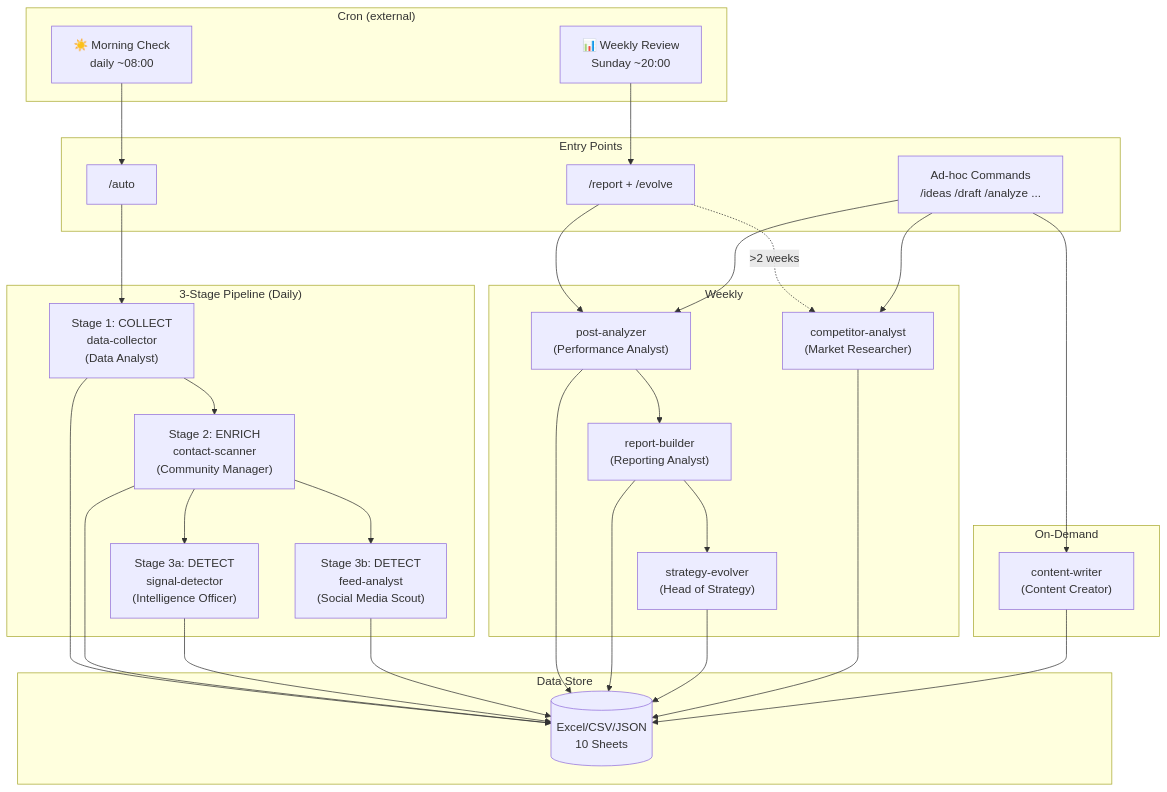
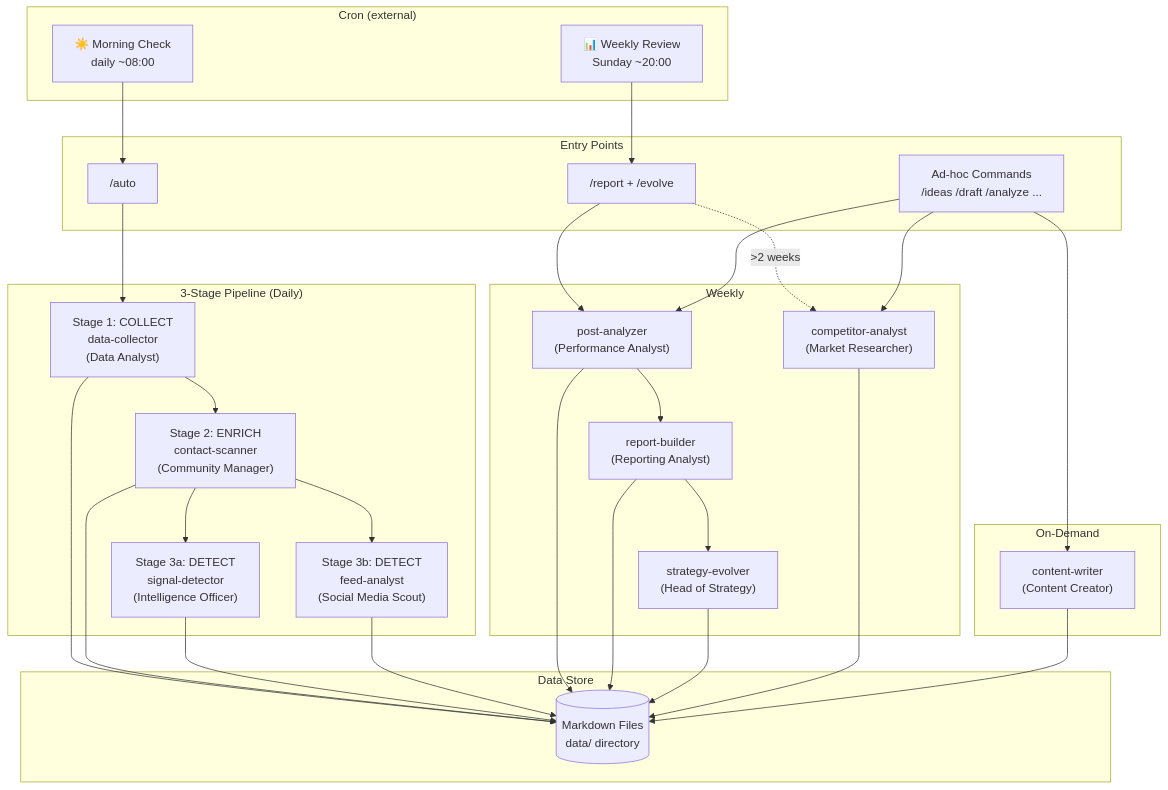
One commit to sabania/linkedin-cli changed the first of 8 diagrams in plugin/README.md. Above: the diagram before and after it, drawn with Mermaid. The commit also changed other lines of this file and 24 other files, not shown here.

````diff
--- a/plugin/README.md
+++ b/plugin/README.md
@@ -7,55 +7,55 @@
 ```mermaid
 graph TB
     subgraph "Cron (external)"
         CRON_M["☀️ Morning Check<br/>daily ~08:00"]
         CRON_W["📊 Weekly Review<br/>Sunday ~20:00"]
     end
 
     subgraph "Entry Points"
         AUTO["/auto"]
         REPORT["/report + /evolve"]
         ADHOC["Ad-hoc Commands<br/>/ideas /draft /analyze ..."]
     end
 
     subgraph "3-Stage Pipeline (Daily)"
         S1["Stage 1: COLLECT<br/>data-collector<br/>(Data Analyst)"]
         S2["Stage 2: ENRICH<br/>contact-scanner<br/>(Community Manager)"]
         S3A["Stage 3a: DETECT<br/>signal-detector<br/>(Intelligence Officer)"]
         S3B["Stage 3b: DETECT<br/>feed-analyst<br/>(Social Media Scout)"]
     end
 
     subgraph "Weekly"
         PA["post-analyzer<br/>(Performance Analyst)"]
         RB["report-builder<br/>(Reporting Analyst)"]
         SE["strategy-evolver<br/>(Head of Strategy)"]
         CA["competitor-analyst<br/>(Market Researcher)"]
     end
 
     subgraph "On-Demand"
         CW["content-writer<br/>(Content Creator)"]
     end
 
     CRON_M --> AUTO
     CRON_W --> REPORT
     AUTO --> S1 --> S2 --> S3A
     S2 --> S3B
     REPORT --> PA --> RB --> SE
     REPORT -.->|">2 weeks"| CA
     ADHOC --> CW
     ADHOC --> PA
     ADHOC --> CA
 
     subgraph "Data Store"
-        DS[(Excel/CSV/JSON<br/>10 Sheets)]
+        DS[(Markdown Files<br/>data/ directory)]
     end
 
     S1 --> DS
     S2 --> DS
     S3A --> DS
     S3B --> DS
     PA --> DS
     RB --> DS
     SE --> DS
     CA --> DS
     CW --> DS
 ```
````
